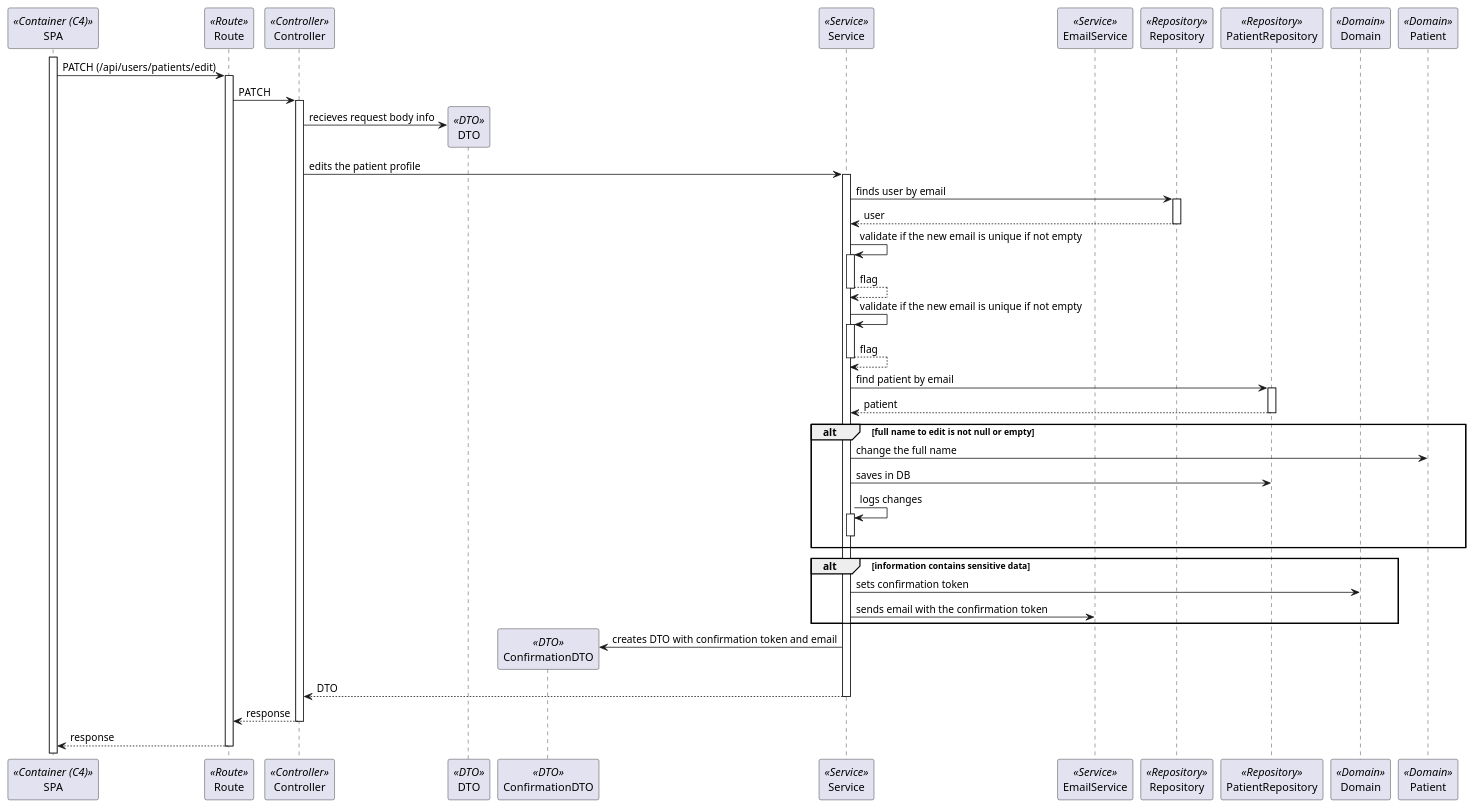
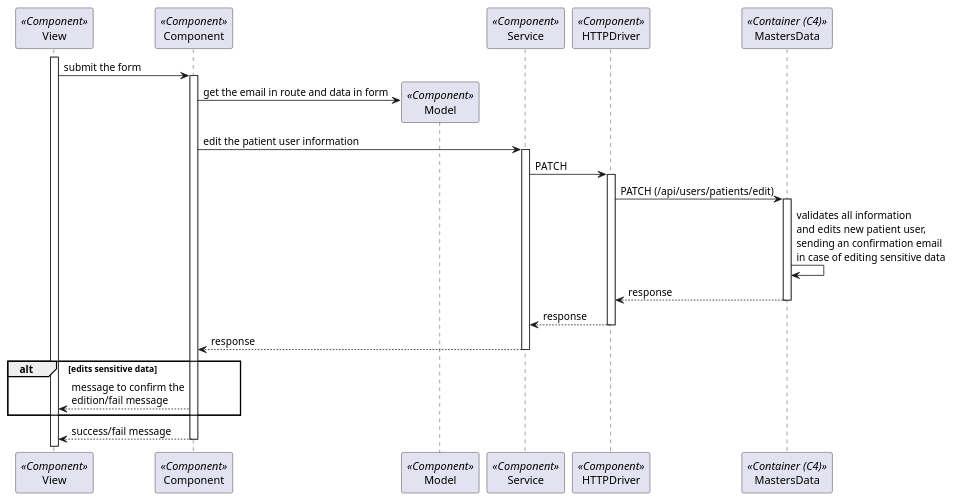
The diagram in docs/Sprint_2/Backoffice/US_6.2.2/L3/Process_View_Prior_Confirmation.puml (Rodrick0209/ISEP-SEM5PI-24-25), drawn with PlantUML before and after one commit. The commit also changed 19 other files, not shown here.

Commit message:
Updated level 3 diagrams for SPA adaptation #25

```diff
--- a/docs/Sprint_2/Backoffice/US_6.2.2/L3/Process_View_Prior_Confirmation.puml
+++ b/docs/Sprint_2/Backoffice/US_6.2.2/L3/Process_View_Prior_Confirmation.puml
@@ -2,49 +2,27 @@
 @startuml Process_View_Prior_Confirmation
-participant SPA as SPA <<Container (C4)>>
-participant Route as Route <<Route>>
-participant Controller as Controller <<Controller>>
-participant DTO as DTO <<DTO>>
-participant ConfirmationDTO as ConfirmationDTO <<DTO>>
-participant Service as Service <<Service>>
-participant EmailService as EmailService <<Service>>
-participant Repository as Repository <<Repository>>
-participant PatientRepository as PatientRepository <<Repository>>
-participant Domain as Domain <<Domain>>
-participant Patient as Patient <<Domain>>
+participant View as View <<Component>>
+participant Component as Component <<Component>>
+participant Model as Model <<Component>>
+participant Service as Service <<Component>>
+participant HTTPDriver as HTTPDriver <<Component>>
+participant MastersData as BE <<Container (C4)>>
 
-activate SPA
-SPA -> Route: PATCH (/api/users/patients/edit)
-activate Route
-Route -> Controller : PATCH 
-activate Controller
-Controller -> DTO** : recieves request body info
-Controller -> Service : edits the patient profile
+activate View
+View -> Component: submit the form
+activate Component
+Component -> Model**: get the email in route and data in form
+Component -> Service: edit the patient user information
 activate Service
-Service -> Repository : finds user by email
-activate Repository
-return user
-Service -> Service : validate if the new email is unique if not empty
-activate Service
-return flag
-Service -> Service : validate if the new email is unique if not empty
-activate Service
-return flag
-Service -> PatientRepository : find patient by email
-activate PatientRepository
-return patient
-alt full name to edit is not null or empty
-Service -> Patient : change the full name
-Service -> PatientRepository : saves in DB
-Service -> Service : logs changes
-activate Service
-deactivate Service
-end
-alt information contains sensitive data
-Service -> Domain : sets confirmation token
-Service -> EmailService : sends email with the confirmation token
-end
-Service -> ConfirmationDTO** : creates DTO with confirmation token and email
-return DTO
+Service -> HTTPDriver: PATCH
+activate HTTPDriver
+HTTPDriver -> BE: PATCH (/api/users/patients/edit)
+activate BE
+BE -> BE: validates all information\nand edits new patient user,\nsending an confirmation email\nin case of editing sensitive data
 return response
 return response
+return response
+alt edits sensitive data
+Component --> View : message to confirm the\nedition/fail message
+end
+return success/fail message
 @enduml
```
